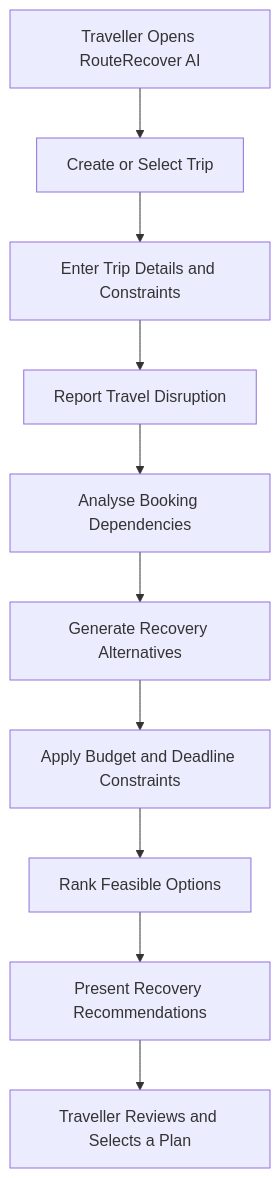
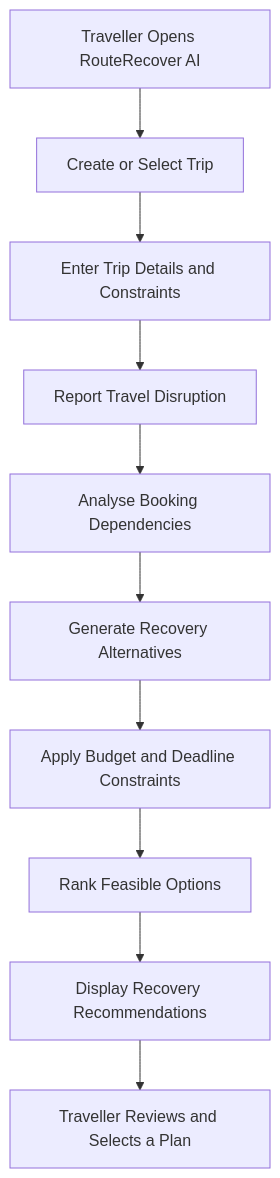
Before and after one commit to abhisheksuvarna782-coder/SAHYADRI-HAKATHON: the first of 2 diagrams in README.md, drawn with Mermaid. The commit also changed other lines of this file, not shown here.

````diff
--- a/README.md
+++ b/README.md
@@ -69,12 +101,12 @@
 ```mermaid
 flowchart TD
     A[Traveller Opens RouteRecover AI] --> B[Create or Select Trip]
     B --> C[Enter Trip Details and Constraints]
     C --> D[Report Travel Disruption]
     D --> E[Analyse Booking Dependencies]
     E --> F[Generate Recovery Alternatives]
     F --> G[Apply Budget and Deadline Constraints]
     G --> H[Rank Feasible Options]
-    H --> I[Present Recovery Recommendations]
+    H --> I[Display Recovery Recommendations]
     I --> J[Traveller Reviews and Selects a Plan]
 ```
````
